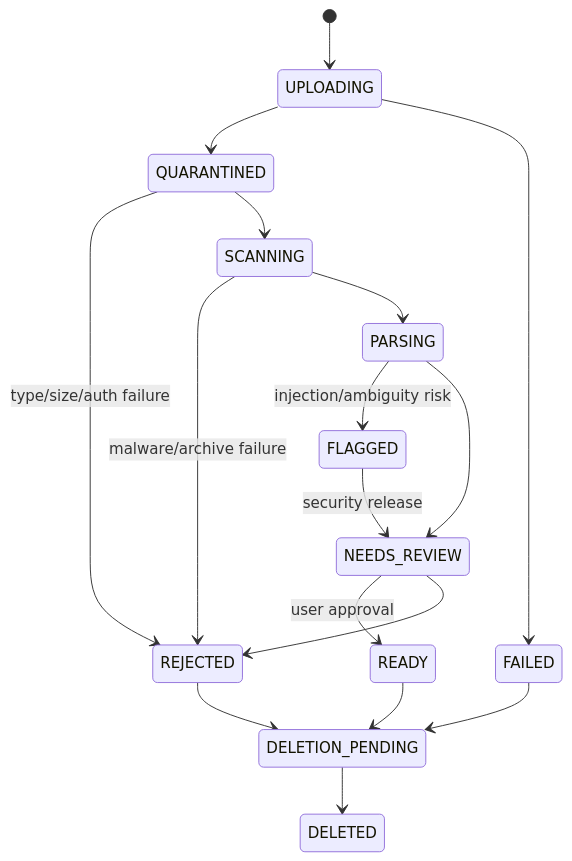
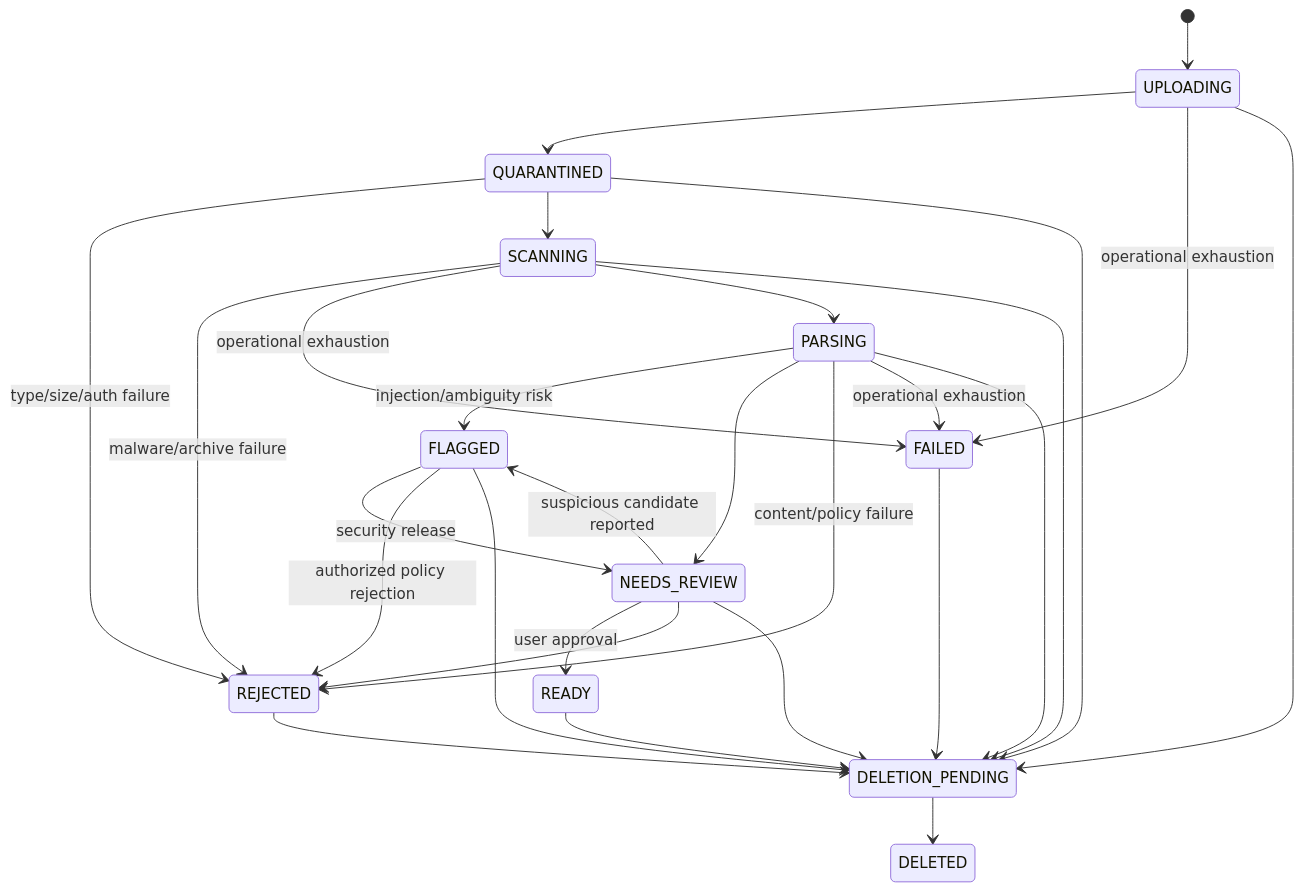
Before and after one commit to sergey9519546/ASKTHEPEOPLE: the second of 4 diagrams in docs/architecture/state-machines.md, drawn with Mermaid. The commit also changed other lines of this file and 10 other files, not shown here.

````diff
--- a/docs/architecture/state-machines.md
+++ b/docs/architecture/state-machines.md
@@ -134,19 +136,31 @@
 ```mermaid
 stateDiagram-v2
   [*] --> UPLOADING
   UPLOADING --> QUARANTINED
-  UPLOADING --> FAILED
+  UPLOADING --> FAILED: operational exhaustion
   QUARANTINED --> REJECTED: type/size/auth failure
   QUARANTINED --> SCANNING
   SCANNING --> REJECTED: malware/archive failure
+  SCANNING --> FAILED: operational exhaustion
   SCANNING --> PARSING
   PARSING --> FLAGGED: injection/ambiguity risk
   PARSING --> NEEDS_REVIEW
+  PARSING --> REJECTED: content/policy failure
+  PARSING --> FAILED: operational exhaustion
   FLAGGED --> NEEDS_REVIEW: security release
+  FLAGGED --> REJECTED: authorized policy rejection
   NEEDS_REVIEW --> READY: user approval
   NEEDS_REVIEW --> REJECTED
+  NEEDS_REVIEW --> FLAGGED: suspicious candidate reported
+
+  UPLOADING --> DELETION_PENDING
+  QUARANTINED --> DELETION_PENDING
+  SCANNING --> DELETION_PENDING
+  PARSING --> DELETION_PENDING
+  FLAGGED --> DELETION_PENDING
+  NEEDS_REVIEW --> DELETION_PENDING
   READY --> DELETION_PENDING
   REJECTED --> DELETION_PENDING
   FAILED --> DELETION_PENDING
   DELETION_PENDING --> DELETED
 ```
````
